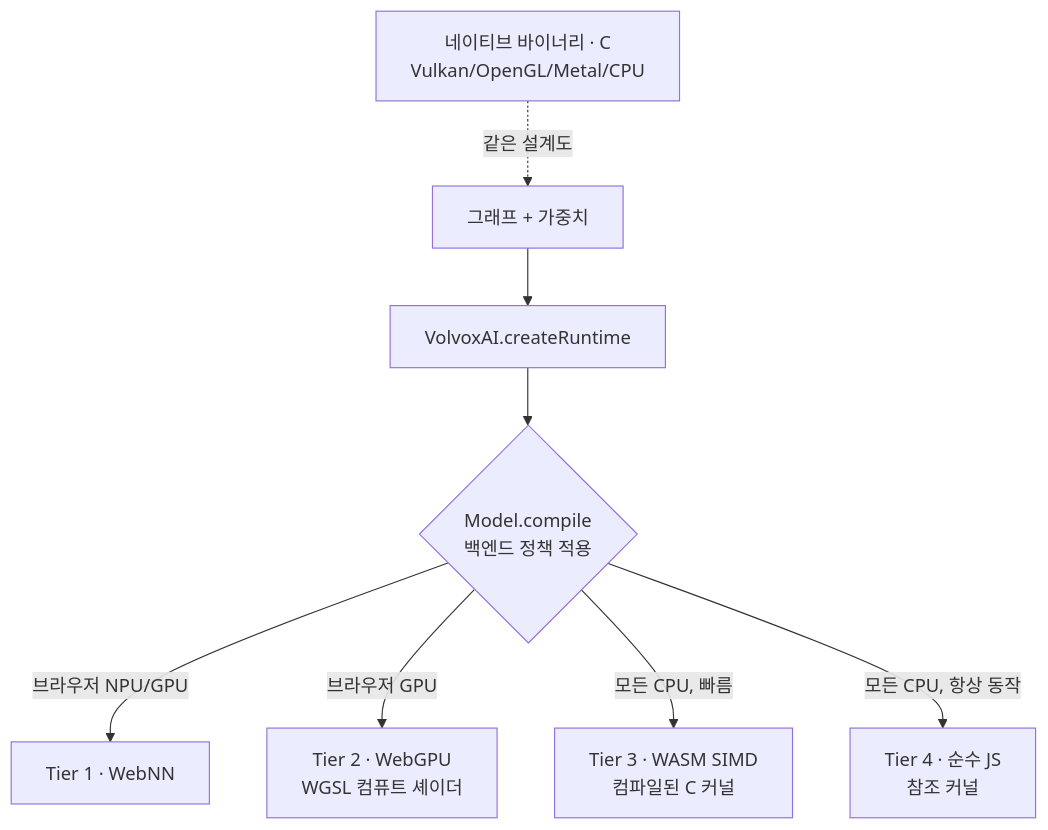
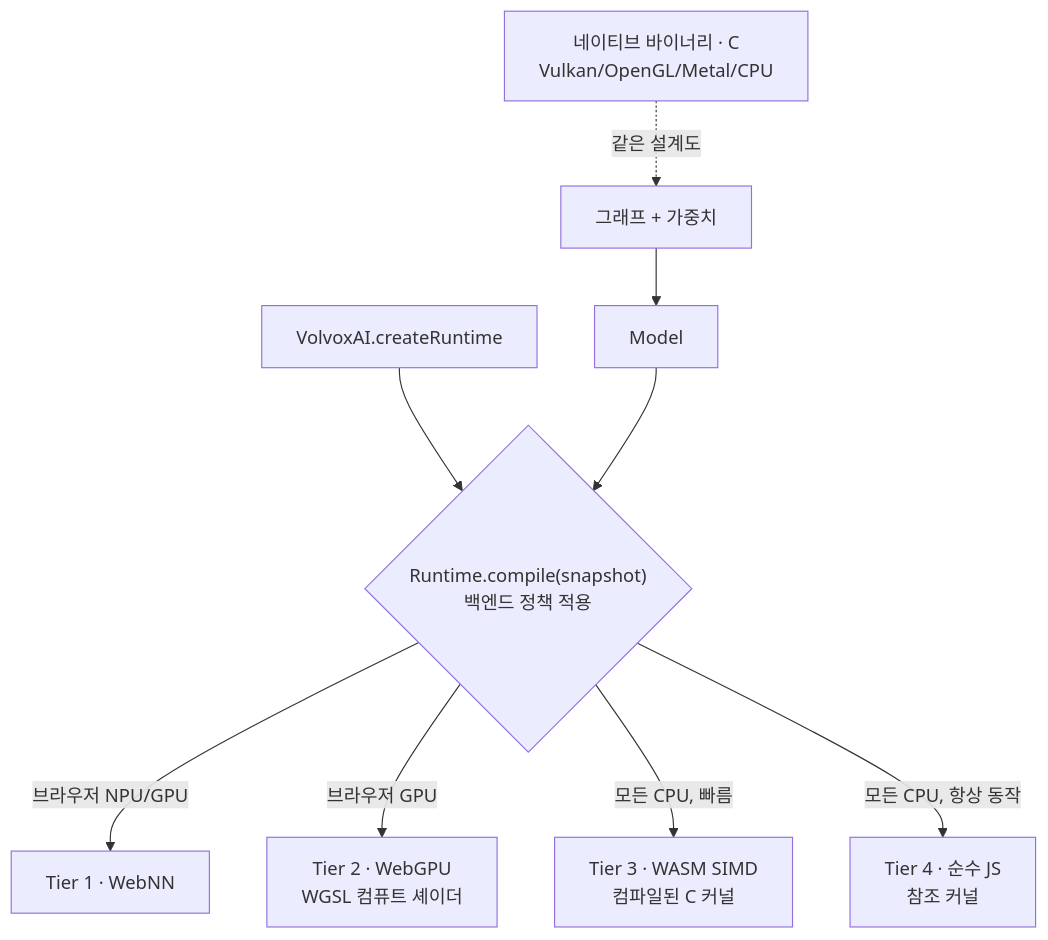
One commit to ivere27/volvoxai changed the diagram in docs/textbook/ko/01-foundations.md. Above: the diagram before and after it, drawn with Mermaid. The commit also changed other lines of this file and 742 other files, not shown here.

````diff
--- a/docs/textbook/ko/01-foundations.md
+++ b/docs/textbook/ko/01-foundations.md
@@ -286,10 +292,11 @@
 ```mermaid
 flowchart TD
-    G["그래프 + 가중치"] --> R["VolvoxAI.createRuntime"]
-    R --> SEL{"Model.compile<br/>백엔드 정책 적용"}
+    G["그래프 + 가중치"] --> S["Model"]
+    R["VolvoxAI.createRuntime"] --> SEL{"Runtime.compile(snapshot)<br/>백엔드 정책 적용"}
+    S --> SEL
     SEL -->|브라우저 NPU/GPU| T1["Tier 1 · WebNN"]
     SEL -->|브라우저 GPU| T2["Tier 2 · WebGPU<br/>WGSL 컴퓨트 셰이더"]
     SEL -->|모든 CPU, 빠름| T3["Tier 3 · WASM SIMD<br/>컴파일된 C 커널"]
     SEL -->|모든 CPU, 항상 동작| T4["Tier 4 · 순수 JS<br/>참조 커널"]
     N["네이티브 바이너리 · C<br/>Vulkan/OpenGL/Metal/CPU"] -.같은 설계도.-> G
 ```
````
